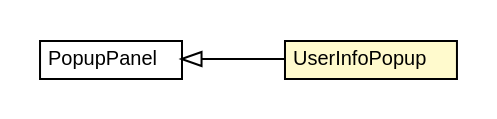
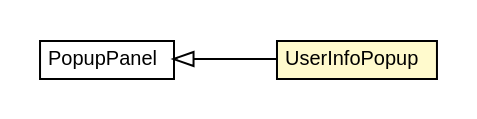
Before and after one commit to ArcBees/GWTP: the diagram in javadoc/apidocs/com/gwtplatform/carstore/client/application/widget/header/UserInfoPopup.dot, drawn with Graphviz. The commit also changed 2699 other files, not shown here.

```diff
--- a/javadoc/apidocs/com/gwtplatform/carstore/client/application/widget/header/UserInfoPopup.dot
+++ b/javadoc/apidocs/com/gwtplatform/carstore/client/application/widget/header/UserInfoPopup.dot
@@ -1,27 +1,27 @@
 #!/usr/local/bin/dot
 #
 # Class diagram 
 # Generated by UMLGraph version R5_6-24-gf6e263 (http://www.umlgraph.org/)
 #
 
 digraph G {
-	edge [fontname="Helvetica",fontsize=10,labelfontname="Helvetica",labelfontsize=10];
-	node [fontname="Helvetica",fontsize=10,shape=plaintext];
+	edge [fontname="arial",fontsize=10,labelfontname="arial",labelfontsize=10];
+	node [fontname="arial",fontsize=10,shape=plaintext];
 	nodesep=0.25;
 	ranksep=0.5;
 	rankdir=LR;
 	// com.gwtplatform.carstore.client.application.widget.header.UserInfoPopup
-	c394659 [label=<<table title="com.gwtplatform.carstore.client.application.widget.header.UserInfoPopup" border="0" cellborder="1" cellspacing="0" cellpadding="2" port="p" bgcolor="lemonChiffon" href="./UserInfoPopup.html">
+	c527938 [label=<<table title="com.gwtplatform.carstore.client.application.widget.header.UserInfoPopup" border="0" cellborder="1" cellspacing="0" cellpadding="2" port="p" bgcolor="lemonChiffon" href="./UserInfoPopup.html">
 		<tr><td><table border="0" cellspacing="0" cellpadding="1">
 <tr><td align="center" balign="center"> UserInfoPopup </td></tr>
 		</table></td></tr>
-		</table>>, URL="./UserInfoPopup.html", fontname="Helvetica", fontcolor="black", fontsize=10.0];
+		</table>>, URL="./UserInfoPopup.html", fontname="arial", fontcolor="black", fontsize=10.0];
 	//com.gwtplatform.carstore.client.application.widget.header.UserInfoPopup extends com.google.gwt.user.client.ui.PopupPanel
-	c394681:p -> c394659:p [dir=back,arrowtail=empty];
+	c528062:p -> c527938:p [dir=back,arrowtail=empty];
 	// com.google.gwt.user.client.ui.PopupPanel
-	c394681 [label=<<table title="com.google.gwt.user.client.ui.PopupPanel" border="0" cellborder="1" cellspacing="0" cellpadding="2" port="p" href="http://google-web-toolkit.googlecode.com/svn/javadoc/latest/com/google/gwt/user/client/ui/PopupPanel.html">
+	c528062 [label=<<table title="com.google.gwt.user.client.ui.PopupPanel" border="0" cellborder="1" cellspacing="0" cellpadding="2" port="p" href="http://google-web-toolkit.googlecode.com/svn/javadoc/latest/com/google/gwt/user/client/ui/PopupPanel.html">
 		<tr><td><table border="0" cellspacing="0" cellpadding="1">
 <tr><td align="center" balign="center"> PopupPanel </td></tr>
 		</table></td></tr>
-		</table>>, URL="http://google-web-toolkit.googlecode.com/svn/javadoc/latest/com/google/gwt/user/client/ui/PopupPanel.html", fontname="Helvetica", fontcolor="black", fontsize=10.0];
+		</table>>, URL="http://google-web-toolkit.googlecode.com/svn/javadoc/latest/com/google/gwt/user/client/ui/PopupPanel.html", fontname="arial", fontcolor="black", fontsize=10.0];
 }
```
